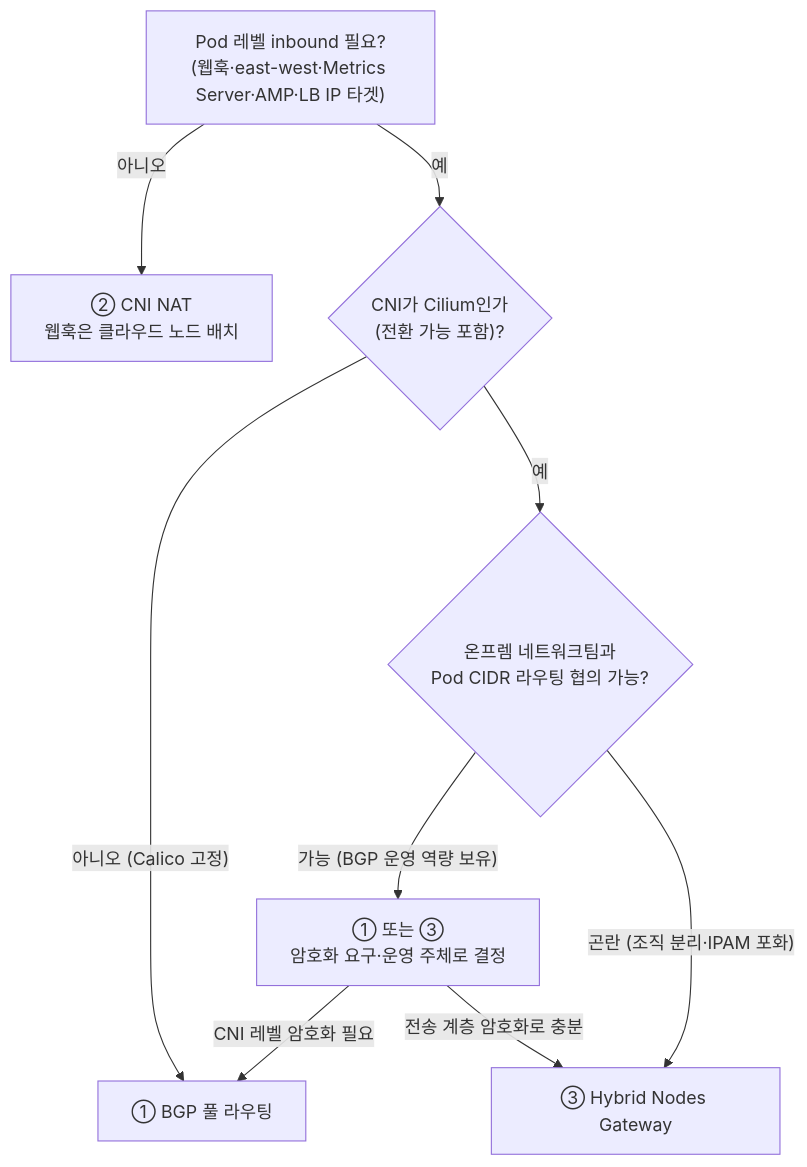
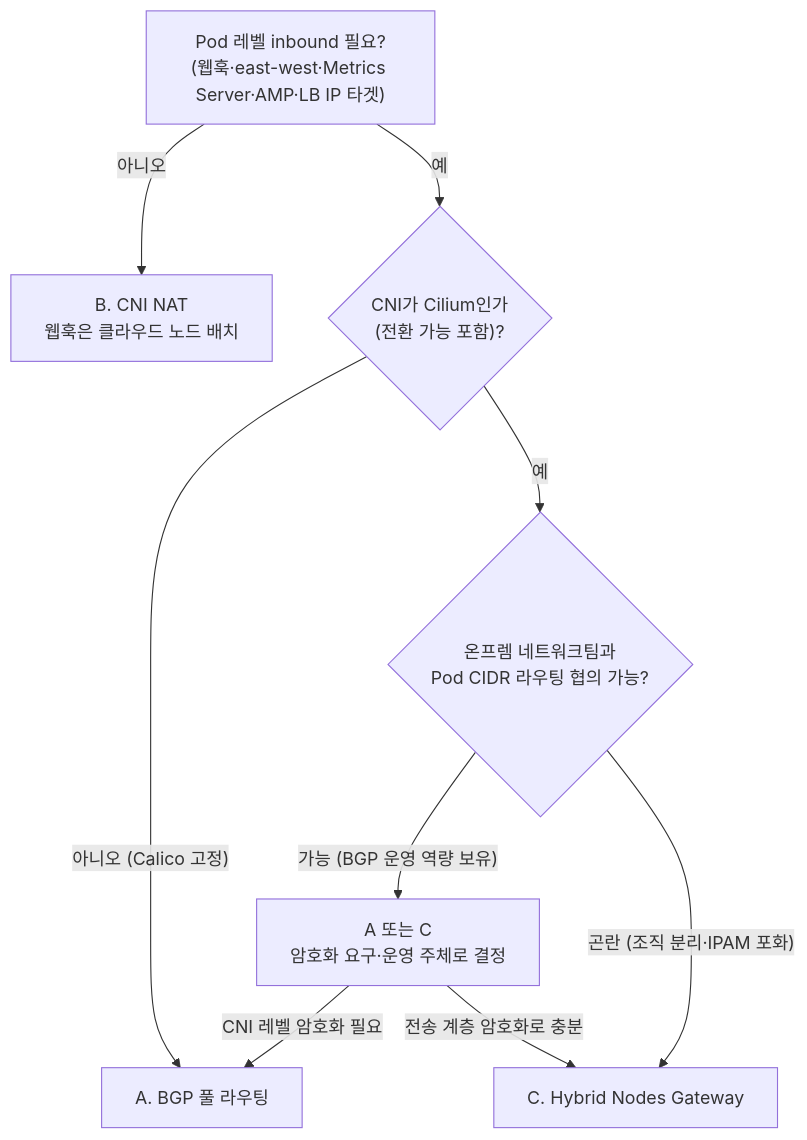
Before and after one commit to devfloor9/engineering-playbook: the second of 2 diagrams in docs/eks-hybrid-nodes/overview-architecture/architecture-decision-guide.md, drawn with Mermaid. The commit also changed other lines of this file and 7 other files, not shown here.

````diff
--- a/docs/eks-hybrid-nodes/overview-architecture/architecture-decision-guide.md
+++ b/docs/eks-hybrid-nodes/overview-architecture/architecture-decision-guide.md
@@ -54,12 +107,12 @@
 ```mermaid
 flowchart TD
     START["Pod 레벨 inbound 필요?<br/>(웹훅·east-west·Metrics Server·AMP·LB IP 타겟)"]
-    START -- 아니오 --> OPT2["② CNI NAT<br/>웹훅은 클라우드 노드 배치"]
+    START -- 아니오 --> OPTB["B. CNI NAT<br/>웹훅은 클라우드 노드 배치"]
     START -- 예 --> CNI{"CNI가 Cilium인가<br/>(전환 가능 포함)?"}
-    CNI -- "아니오 (Calico 고정)" --> OPT1["① BGP 풀 라우팅"]
+    CNI -- "아니오 (Calico 고정)" --> OPTA["A. BGP 풀 라우팅"]
     CNI -- 예 --> NET{"온프렘 네트워크팀과<br/>Pod CIDR 라우팅 협의 가능?"}
-    NET -- "가능 (BGP 운영 역량 보유)" --> BOTH["① 또는 ③<br/>암호화 요구·운영 주체로 결정"]
-    NET -- "곤란 (조직 분리·IPAM 포화)" --> OPT3["③ Hybrid Nodes Gateway"]
-    BOTH -- "CNI 레벨 암호화 필요" --> OPT1
-    BOTH -- "전송 계층 암호화로 충분" --> OPT3
+    NET -- "가능 (BGP 운영 역량 보유)" --> BOTH["A 또는 C<br/>암호화 요구·운영 주체로 결정"]
+    NET -- "곤란 (조직 분리·IPAM 포화)" --> OPTC["C. Hybrid Nodes Gateway"]
+    BOTH -- "CNI 레벨 암호화 필요" --> OPTA
+    BOTH -- "전송 계층 암호화로 충분" --> OPTC
 ```
````
